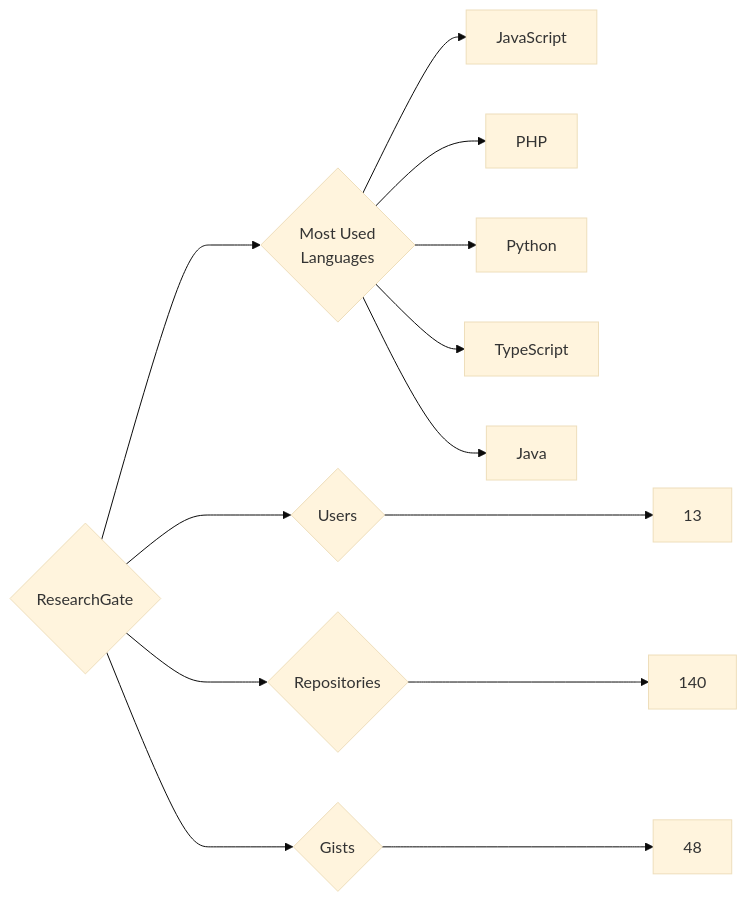
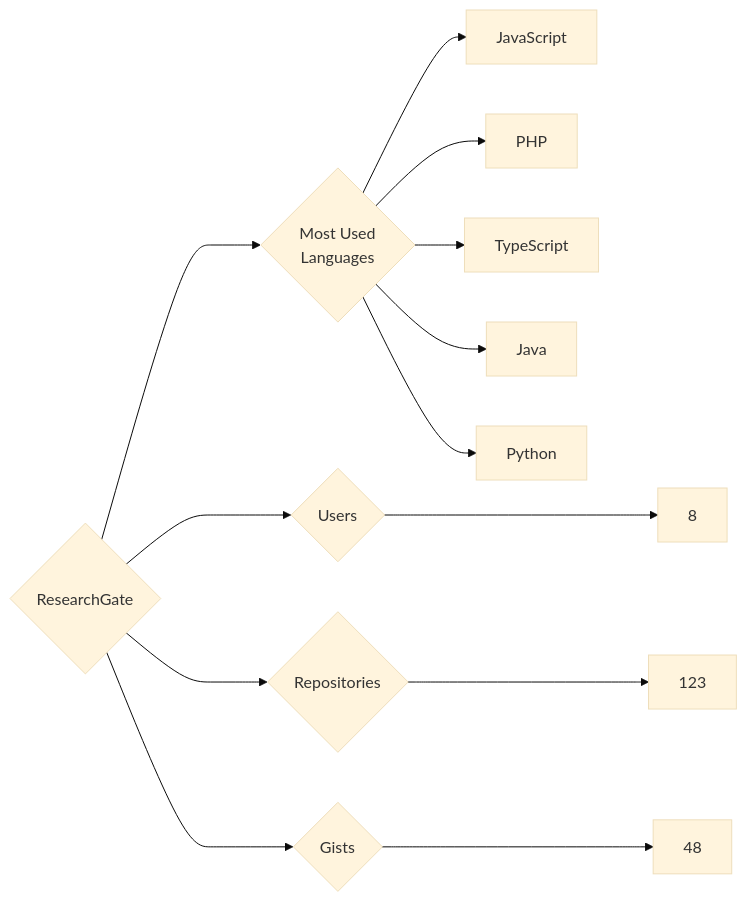
One commit to trickest/insiders changed the diagram in targets/ResearchGate/README.md. Above: the diagram before and after it, drawn with Mermaid (base theme). The commit also changed 770 other files, not shown here.

````diff
--- a/targets/ResearchGate/README.md
+++ b/targets/ResearchGate/README.md
@@ -3,13 +3,13 @@
 ```mermaid
 graph LR
 COMPANY_NAME{ResearchGate}
-COMPANY_NAME ---> U{Users} ---> UN[13]
-COMPANY_NAME ---> R{Repositories} ---> RN[140]
+COMPANY_NAME ---> U{Users} ---> UN[8]
+COMPANY_NAME ---> R{Repositories} ---> RN[123]
 COMPANY_NAME ---> G{Gists} ---> GN[48]
 COMPANY_NAME ---> ML{Most Used<br>Languages}
 ML --> JavaScript[JavaScript]
 ML --> PHP[PHP]
-ML --> Python[Python]
 ML --> TypeScript[TypeScript]
 ML --> Java[Java]
+ML --> Python[Python]
 ```
````
